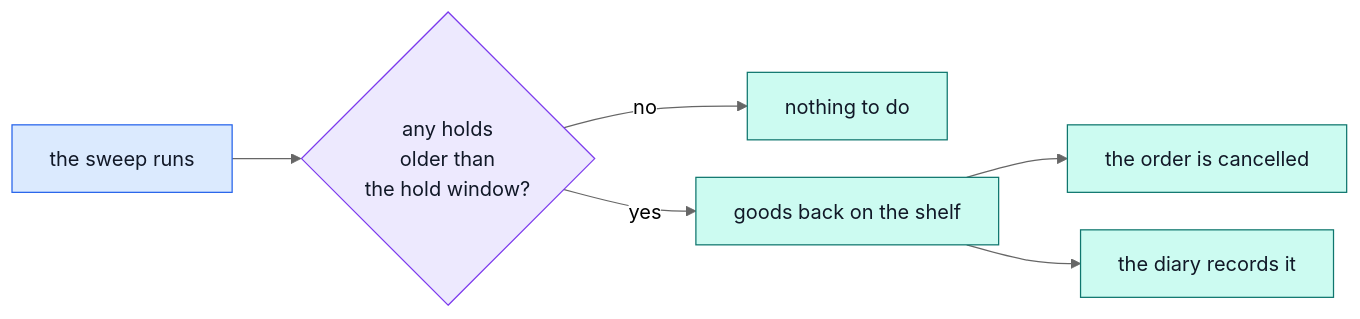
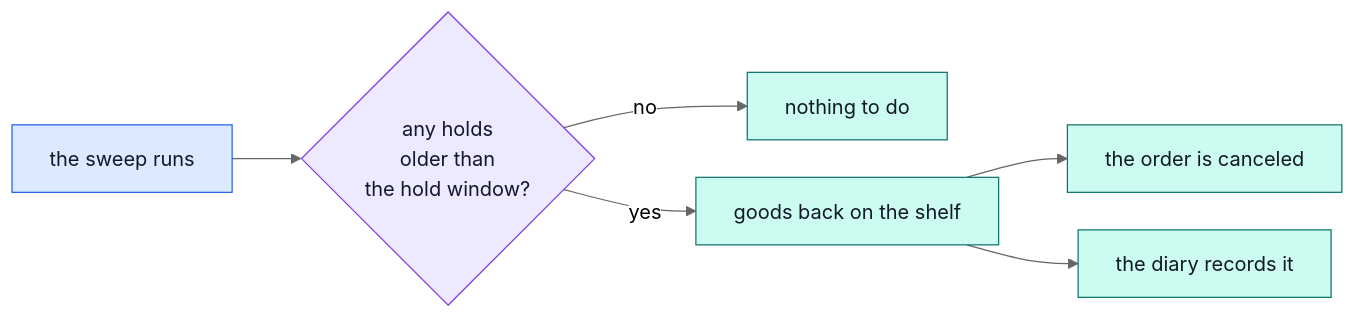
Before and after one commit to Guebbit/boilerplate-node-backend: the second of 3 diagrams in docs/demo-ecommerce/warehouse.md, drawn with Mermaid (neutral theme). The commit also changed 301 other files, not shown here.

````diff
--- a/docs/demo-ecommerce/warehouse.md
+++ b/docs/demo-ecommerce/warehouse.md
@@ -101,16 +101,16 @@
 ```mermaid
 %%{init: {'flowchart': {'nodeSpacing': 30, 'rankSpacing': 55}}}%%
 flowchart LR
     A["the sweep runs"] --> B{"any holds<br/>older than<br/>the hold window?"}
     B -->|no| C["nothing to do"]
     B -->|yes| D["goods back on the shelf"]
-    D --> E["the order is cancelled"]
+    D --> E["the order is canceled"]
     D --> F["the diary records it"]
 
     classDef act fill:#dbeafe,stroke:#2563eb,color:#111827;
     classDef check fill:#ede9fe,stroke:#7c3aed,color:#111827;
     classDef done fill:#ccfbf1,stroke:#0f766e,color:#111827;
     class A act;
     class B check;
     class C,D,E,F done;
 ```
````
